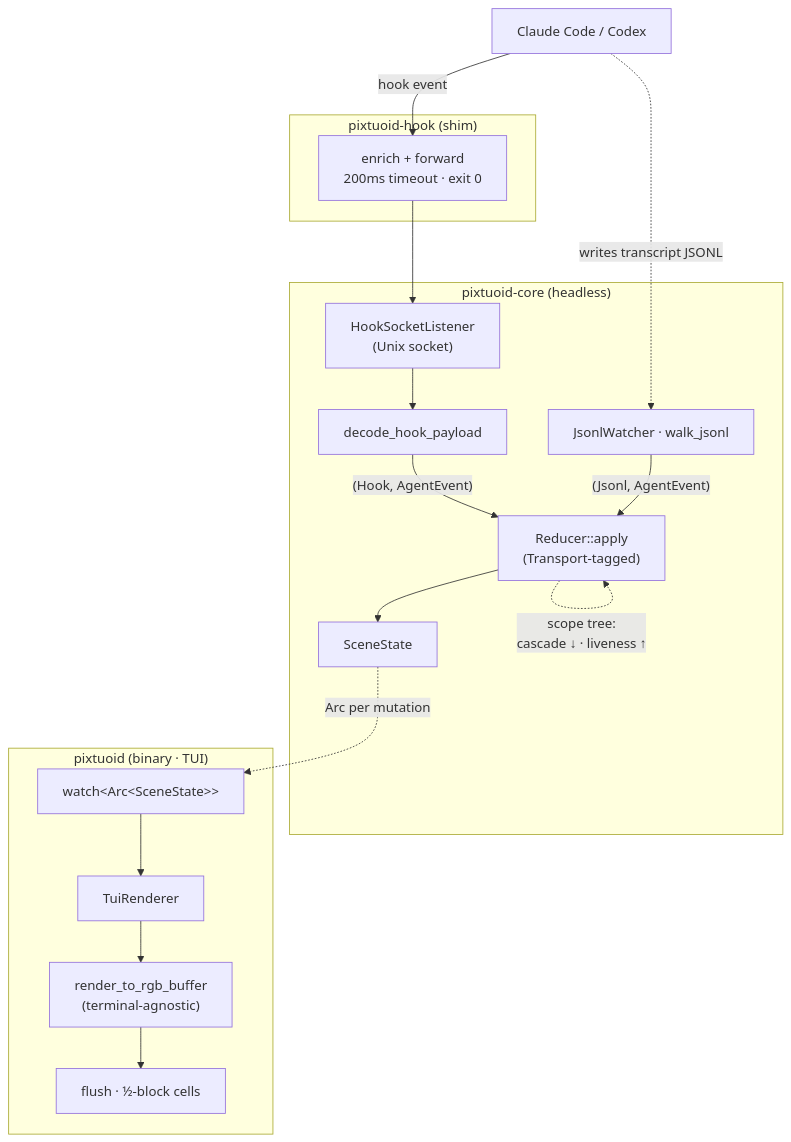
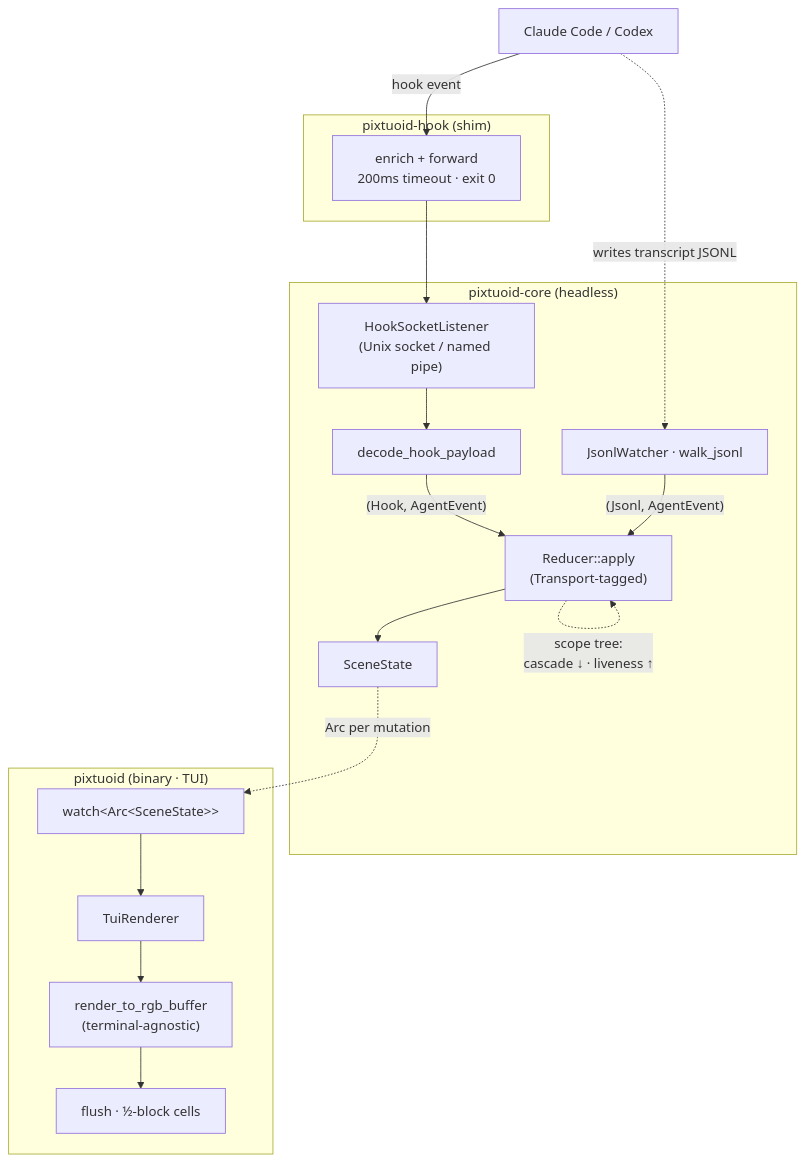
The diagram in docs/ARCHITECTURE.md (IvanWng97/pixtuoid), drawn with Mermaid before and after one commit. The commit also changed other lines of this file and 6 other files, not shown here.

````diff
--- a/docs/ARCHITECTURE.md
+++ b/docs/ARCHITECTURE.md
@@ -31,36 +33,36 @@
 ```mermaid
 flowchart TB
   accTitle: pixtuoid data flow
   accDescr: A hook or transcript event flows from Claude Code / Codex through the pixtuoid-hook shim and pixtuoid-core (socket listener, decoder, Transport-tagged reducer, scene state) into the pixtuoid TUI renderer's terminal-agnostic pixel pass and half-block flush.
   CC["Claude Code / Codex"]
 
   subgraph hook["pixtuoid-hook (shim)"]
     SH["enrich + forward<br/>200ms timeout · exit 0"]
   end
 
   subgraph core["pixtuoid-core (headless)"]
-    L["HookSocketListener<br/>(Unix socket)"]
+    L["HookSocketListener<br/>(Unix socket / named pipe)"]
     D["decode_hook_payload"]
     J["JsonlWatcher · walk_jsonl"]
     R["Reducer::apply<br/>(Transport-tagged)"]
     S["SceneState"]
     L --> D
     D -->|"(Hook, AgentEvent)"| R
     J -->|"(Jsonl, AgentEvent)"| R
     R --> S
     R -.->|"scope tree:<br/>cascade ↓ · liveness ↑"| R
   end
 
   subgraph bin["pixtuoid (binary · TUI)"]
     W["watch&lt;Arc&lt;SceneState&gt;&gt;"]
     TR["TuiRenderer"]
     PX["render_to_rgb_buffer<br/>(terminal-agnostic)"]
     FL["flush · ½-block cells"]
     W --> TR --> PX --> FL
   end
 
   CC -->|hook event| SH
   SH --> L
   CC -.->|writes transcript JSONL| J
   S -. Arc per mutation .-> W
 ```
````
